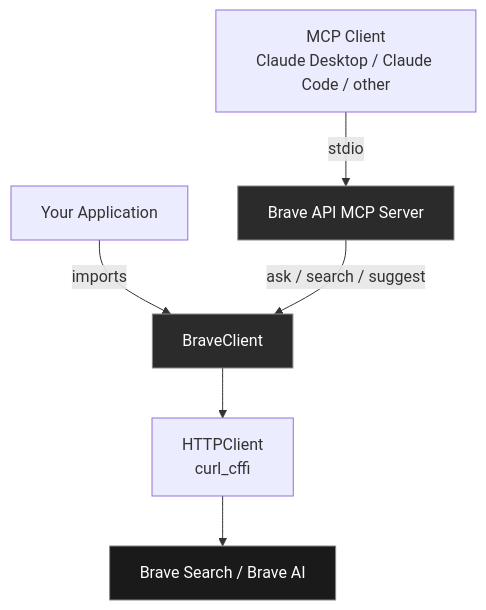
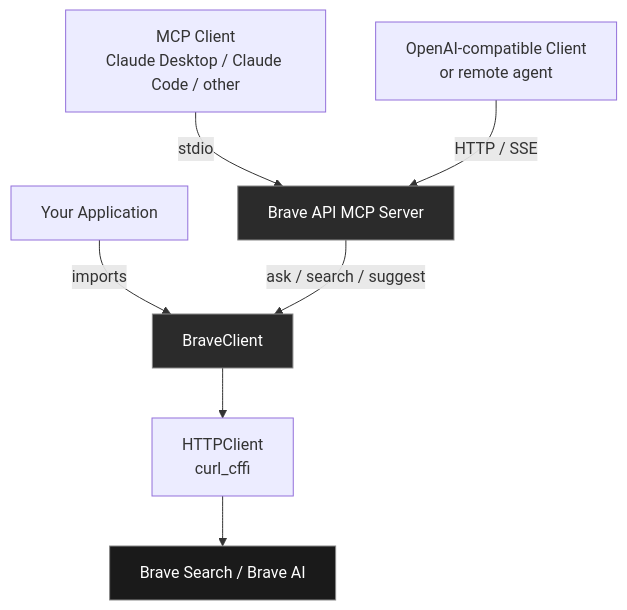
One commit to iqbalmh18/brave-api changed the first of 3 diagrams in README.md. Above: the diagram before and after it, drawn with Mermaid. The commit also changed other lines of this file and 2 other files, not shown here.

First line of the commit message:
feat(mcp): Add HTTP/SSE transport support and CLI configuration

````diff
--- a/README.md
+++ b/README.md
@@ -67,12 +68,13 @@
 ```mermaid
 graph TD
     A[Your Application] -->|imports| B[BraveClient]
     C[MCP Client<br/>Claude Desktop / Claude Code / other] -->|stdio| D[Brave API MCP Server]
+    G[OpenAI-compatible Client<br/>or remote agent] -->|HTTP / SSE| D
     D -->|ask / search / suggest| B
     B --> E[HTTPClient<br/>curl_cffi]
     E --> F[Brave Search / Brave AI]
 
     style B fill:#2b2b2b,stroke:#888,color:#fff
     style D fill:#2b2b2b,stroke:#888,color:#fff
     style F fill:#1a1a1a,stroke:#888,color:#fff
 ```
````
